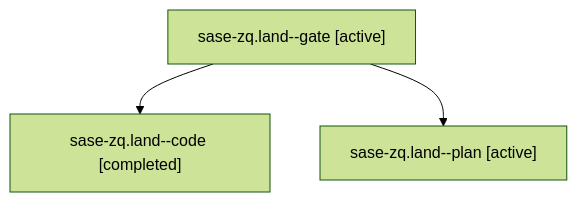
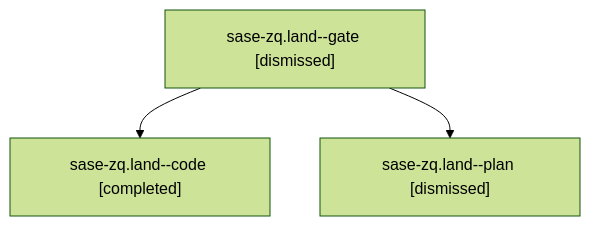
The diagram in sessions/bbugyi200.athena.sase-zq.land.md (sase-org/sase--agents), drawn with Mermaid (forest theme) before and after one commit. The commit also changed other lines of this file and 209 other files, not shown here.

````diff
--- a/sessions/bbugyi200.athena.sase-zq.land.md
+++ b/sessions/bbugyi200.athena.sase-zq.land.md
@@ -9,8 +9,8 @@
 ```mermaid
 flowchart TD
-  n0["sase-zq.land--gate [active]"]
+  n0["sase-zq.land--gate [dismissed]"]
   n1["sase-zq.land--code [completed]"]
   n0 --> n1
-  n2["sase-zq.land--plan [active]"]
+  n2["sase-zq.land--plan [dismissed]"]
   n0 --> n2
 ```
````
